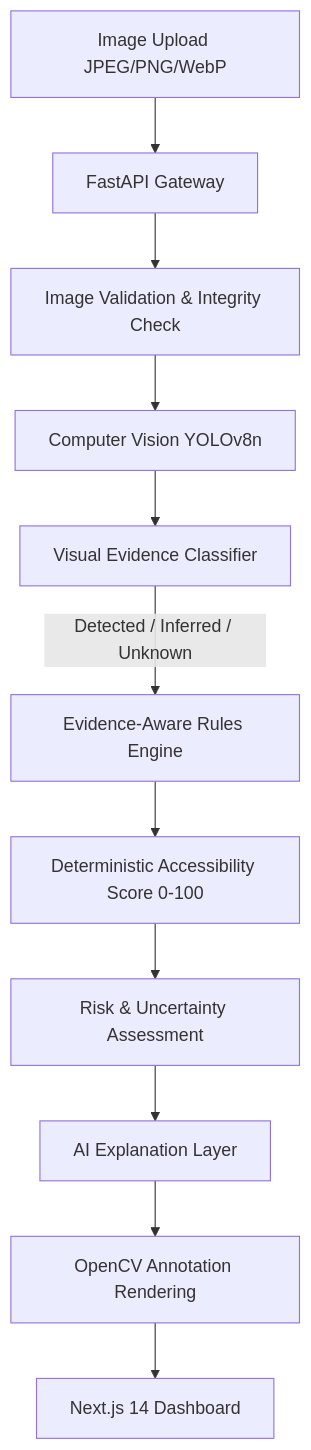
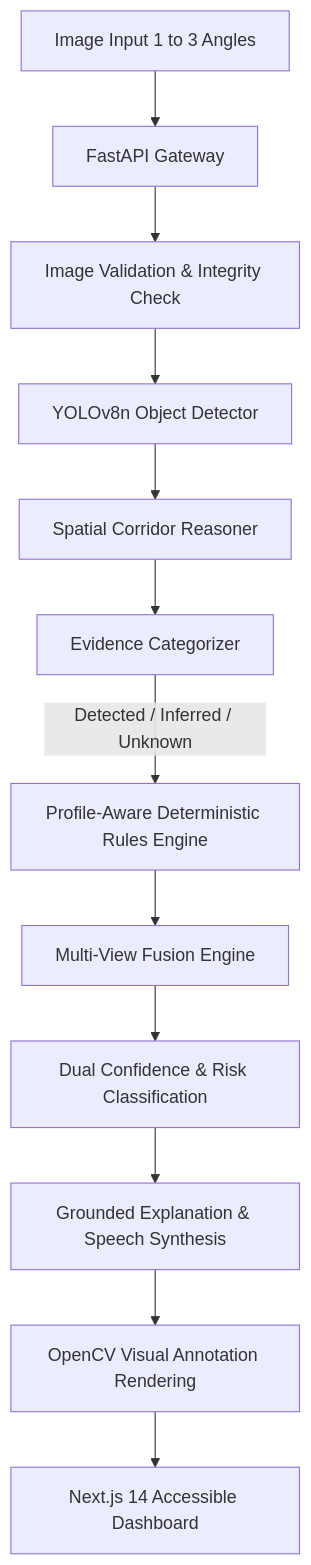
The diagram in docs/architecture.md (atleekumaar/wayfind-ai), drawn with Mermaid before and after one commit. The commit also changed other lines of this file and 10 other files, not shown here.

````diff
--- a/docs/architecture.md
+++ b/docs/architecture.md
@@ -7,13 +7,14 @@
 ```mermaid
 flowchart TD
-    A[Image Upload JPEG/PNG/WebP] --> B[FastAPI Gateway]
+    A[Image Input 1 to 3 Angles] --> B[FastAPI Gateway]
     B --> C[Image Validation & Integrity Check]
-    C --> D[Computer Vision YOLOv8n]
-    D --> E[Visual Evidence Classifier]
-    E -->|Detected / Inferred / Unknown| F[Evidence-Aware Rules Engine]
-    F --> G[Deterministic Accessibility Score 0-100]
-    G --> H[Risk & Uncertainty Assessment]
-    H --> I[AI Explanation Layer]
-    I --> J[OpenCV Annotation Rendering]
-    J --> K[Next.js 14 Dashboard]
+    C --> D[YOLOv8n Object Detector]
+    D --> E[Spatial Corridor Reasoner]
+    E --> F[Evidence Categorizer]
+    F -->|Detected / Inferred / Unknown| G[Profile-Aware Deterministic Rules Engine]
+    G --> H[Multi-View Fusion Engine]
+    H --> I[Dual Confidence & Risk Classification]
+    I --> J[Grounded Explanation & Speech Synthesis]
+    J --> K[OpenCV Visual Annotation Rendering]
+    K --> L[Next.js 14 Accessible Dashboard]
 ```
````
